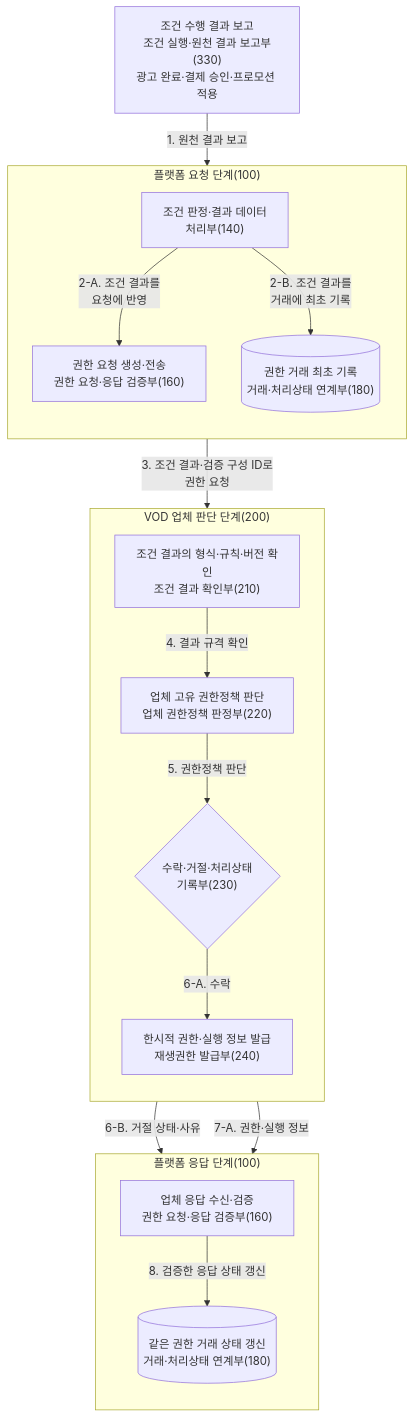
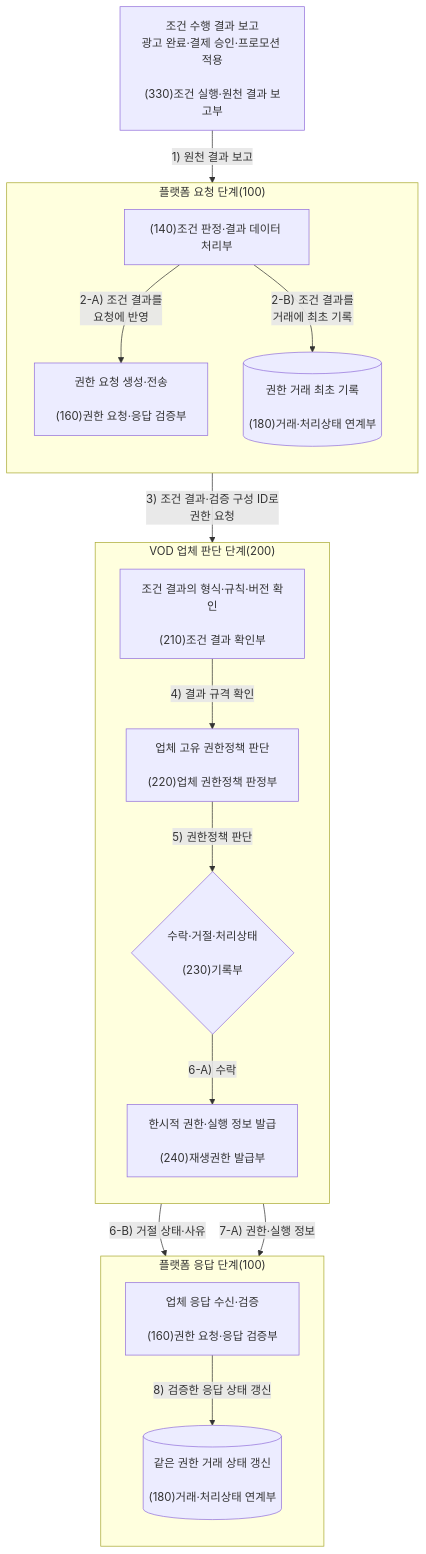
The third of 11 diagrams in instant_play_직무발명서_가독성개선본.md (growdai1y/instant-play), drawn with Mermaid before and after one commit. The commit also changed other lines of this file and 1 other file, not shown here.

Commit message:
Improve Mermaid flowchart labels

````diff
--- a/instant_play_직무발명서_가독성개선본.md
+++ b/instant_play_직무발명서_가독성개선본.md
@@ -213,39 +213,39 @@
 ```mermaid
 flowchart TB
-    SOURCE["조건 수행 결과 보고<br/>조건 실행·원천 결과 보고부(330)<br/>광고 완료·결제 승인·프로모션 적용"]
+    SOURCE["조건 수행 결과 보고<br/>광고 완료·결제 승인·프로모션 적용<br/><br/>(330)조건 실행·원천 결과 보고부"]
 
     subgraph PLATFORM_REQUEST["플랫폼 요청 단계(100)"]
         direction TB
-        CONDITION["조건 판정·결과 데이터<br/>처리부(140)"]
-        REQUEST["권한 요청 생성·전송<br/>권한 요청·응답 검증부(160)"]
-        TX_INITIAL[("권한 거래 최초 기록<br/>거래·처리상태 연계부(180)")]
+        CONDITION["(140)조건 판정·결과 데이터 처리부"]
+        REQUEST["권한 요청 생성·전송<br/><br/>(160)권한 요청·응답 검증부"]
+        TX_INITIAL[("권한 거래 최초 기록<br/><br/>(180)거래·처리상태 연계부")]
 
-        CONDITION -->|"2-A. 조건 결과를<br/>요청에 반영"| REQUEST
-        CONDITION -->|"2-B. 조건 결과를<br/>거래에 최초 기록"| TX_INITIAL
+        CONDITION -->|"2-A) 조건 결과를<br/>요청에 반영"| REQUEST
+        CONDITION -->|"2-B) 조건 결과를<br/>거래에 최초 기록"| TX_INITIAL
     end
 
     subgraph PROVIDER["VOD 업체 판단 단계(200)"]
         direction TB
-        RESULTCHECK["조건 결과의 형식·규칙·버전 확인<br/>조건 결과 확인부(210)"]
-        RIGHTSCHECK["업체 고유 권한정책 판단<br/>업체 권한정책 판정부(220)"]
-        RECORD{"수락·거절·처리상태<br/>기록부(230)"}
-        ISSUE["한시적 권한·실행 정보 발급<br/>재생권한 발급부(240)"]
+        RESULTCHECK["조건 결과의 형식·규칙·버전 확인<br/><br/>(210)조건 결과 확인부"]
+        RIGHTSCHECK["업체 고유 권한정책 판단<br/><br/>(220)업체 권한정책 판정부"]
+        RECORD{"수락·거절·처리상태<br/><br/>(230)기록부"}
+        ISSUE["한시적 권한·실행 정보 발급<br/><br/>(240)재생권한 발급부"]
 
-        RESULTCHECK -->|"4. 결과 규격 확인"| RIGHTSCHECK
-        RIGHTSCHECK -->|"5. 권한정책 판단"| RECORD
-        RECORD -->|"6-A. 수락"| ISSUE
+        RESULTCHECK -->|"4) 결과 규격 확인"| RIGHTSCHECK
+        RIGHTSCHECK -->|"5) 권한정책 판단"| RECORD
+        RECORD -->|"6-A) 수락"| ISSUE
     end
 
     subgraph PLATFORM_RESPONSE["플랫폼 응답 단계(100)"]
         direction TB
-        RESPONSE["업체 응답 수신·검증<br/>권한 요청·응답 검증부(160)"]
-        TX_UPDATE[("같은 권한 거래 상태 갱신<br/>거래·처리상태 연계부(180)")]
+        RESPONSE["업체 응답 수신·검증<br/><br/>(160)권한 요청·응답 검증부"]
+        TX_UPDATE[("같은 권한 거래 상태 갱신<br/><br/>(180)거래·처리상태 연계부")]
 
-        RESPONSE -->|"8. 검증한 응답 상태 갱신"| TX_UPDATE
+        RESPONSE -->|"8) 검증한 응답 상태 갱신"| TX_UPDATE
     end
 
-    SOURCE -->|"1. 원천 결과 보고"| CONDITION
-    REQUEST -->|"3. 조건 결과·검증 구성 ID로<br/>권한 요청"| RESULTCHECK
-    RECORD -->|"6-B. 거절 상태·사유"| RESPONSE
-    ISSUE -->|"7-A. 권한·실행 정보"| RESPONSE
+    SOURCE -->|"1) 원천 결과 보고"| CONDITION
+    REQUEST -->|"3) 조건 결과·검증 구성 ID로<br/>권한 요청"| RESULTCHECK
+    RECORD -->|"6-B) 거절 상태·사유"| RESPONSE
+    ISSUE -->|"7-A) 권한·실행 정보"| RESPONSE
 ```
````
